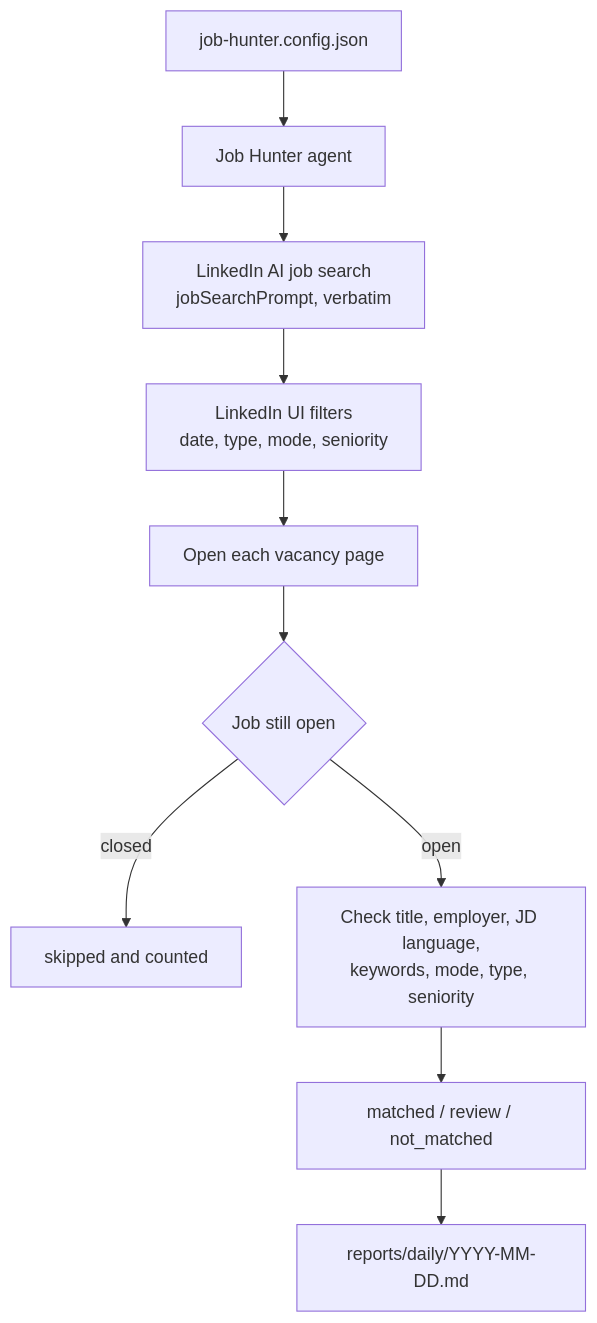
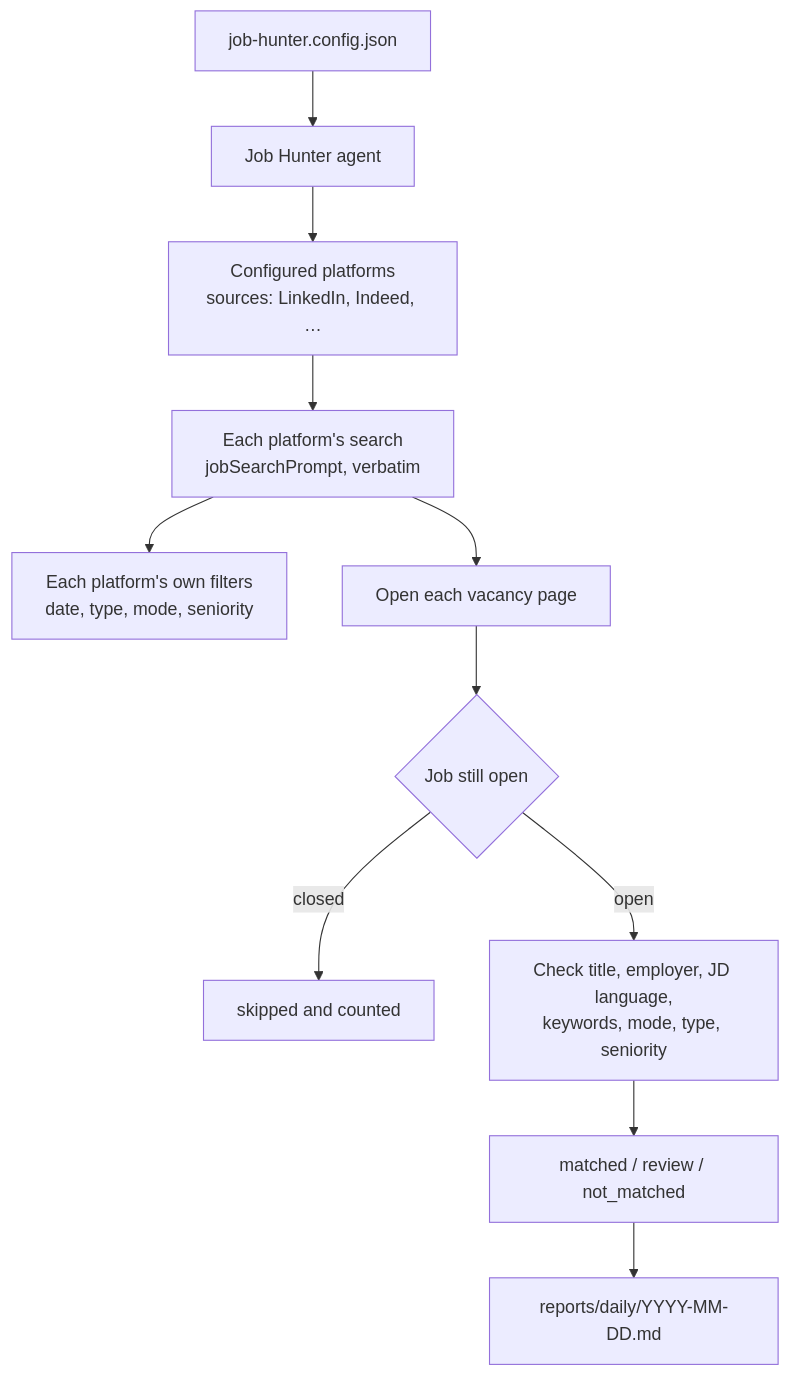
One commit to aoda-zhang/Job-hunter changed the diagram in README.md. Above: the diagram before and after it, drawn with Mermaid. The commit also changed other lines of this file and 15 other files, not shown here.

````diff
--- a/README.md
+++ b/README.md
@@ -22,12 +22,13 @@
 ```mermaid
 flowchart TD
     A[job-hunter.config.json] --> B[Job Hunter agent]
-    B --> C[LinkedIn AI job search<br/>jobSearchPrompt, verbatim]
-    C --> D[LinkedIn UI filters<br/>date, type, mode, seniority]
+    B --> C[Configured platforms<br/>sources: LinkedIn, Indeed, …]
+    C --> D[Each platform's search<br/>jobSearchPrompt, verbatim]
+    D --> D2[Each platform's own filters<br/>date, type, mode, seniority]
     D --> E[Open each vacancy page]
     E --> F{Job still open}
     F -->|closed| X[skipped and counted]
     F -->|open| G[Check title, employer, JD language,<br/>keywords, mode, type, seniority]
     G --> H[matched / review / not_matched]
     H --> I[reports/daily/YYYY-MM-DD.md]
 ```
````
